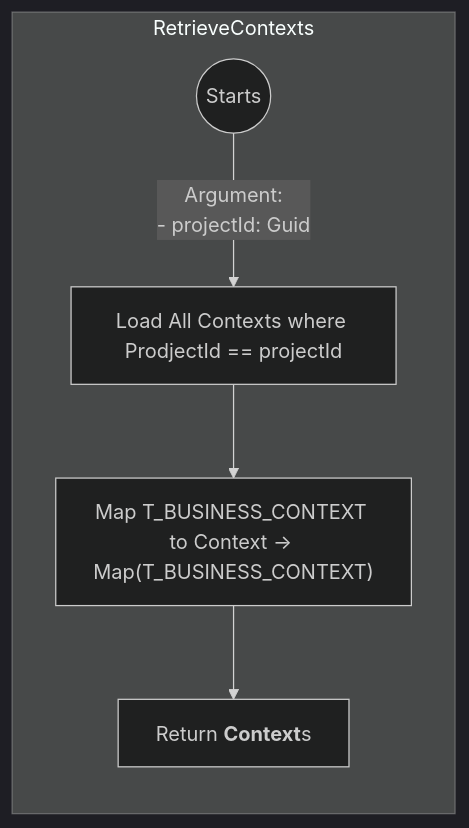
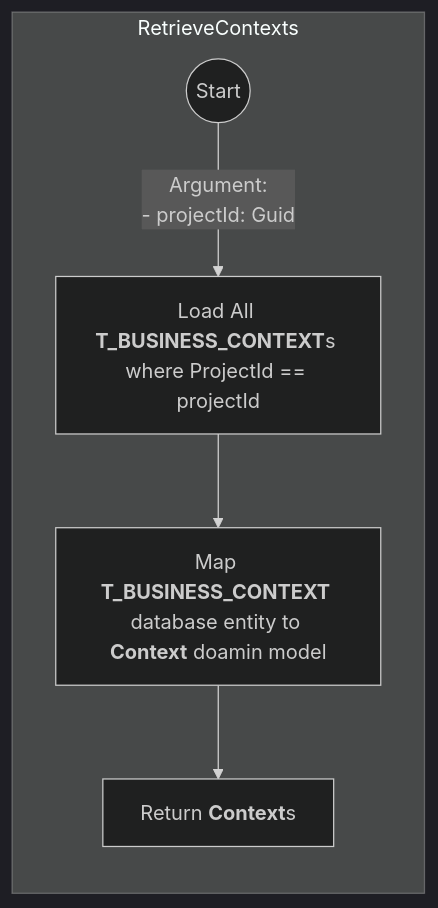
One commit to sdlfly2000/DomainBasedDesigner changed the first of 3 diagrams in AI/Repository/ContextRepository.md. Above: the diagram before and after it, drawn with Mermaid (dark theme). The commit also changed other lines of this file and 3 other files, not shown here.

````diff
--- a/AI/Repository/ContextRepository.md
+++ b/AI/Repository/ContextRepository.md
@@ -28,11 +31,11 @@
     ```mermaid
         graph TB
             subgraph main [RetrieveContexts]
                 direction TB
-                start(("Start"s)) -->
+                start(("Start")) -->
                 |Argument: 
-                - projectId: Guid| loadAllContext["Load All Contexts where ProdjectId == projectId"] -->
-                mapContext["Map T_BUSINESS_CONTEXT to Context -> Map(T_BUSINESS_CONTEXT)"] -->
+                - projectId: Guid| loadAllContextDatabaseEntity["`Load All **T_BUSINESS_CONTEXT**s where ProjectId == projectId`"] -->
+                mapToContext["`Map **T_BUSINESS_CONTEXT** database entity to **Context** doamin model`"] -->
                 return["`Return **Context**s`"]
             end
     ```
````
